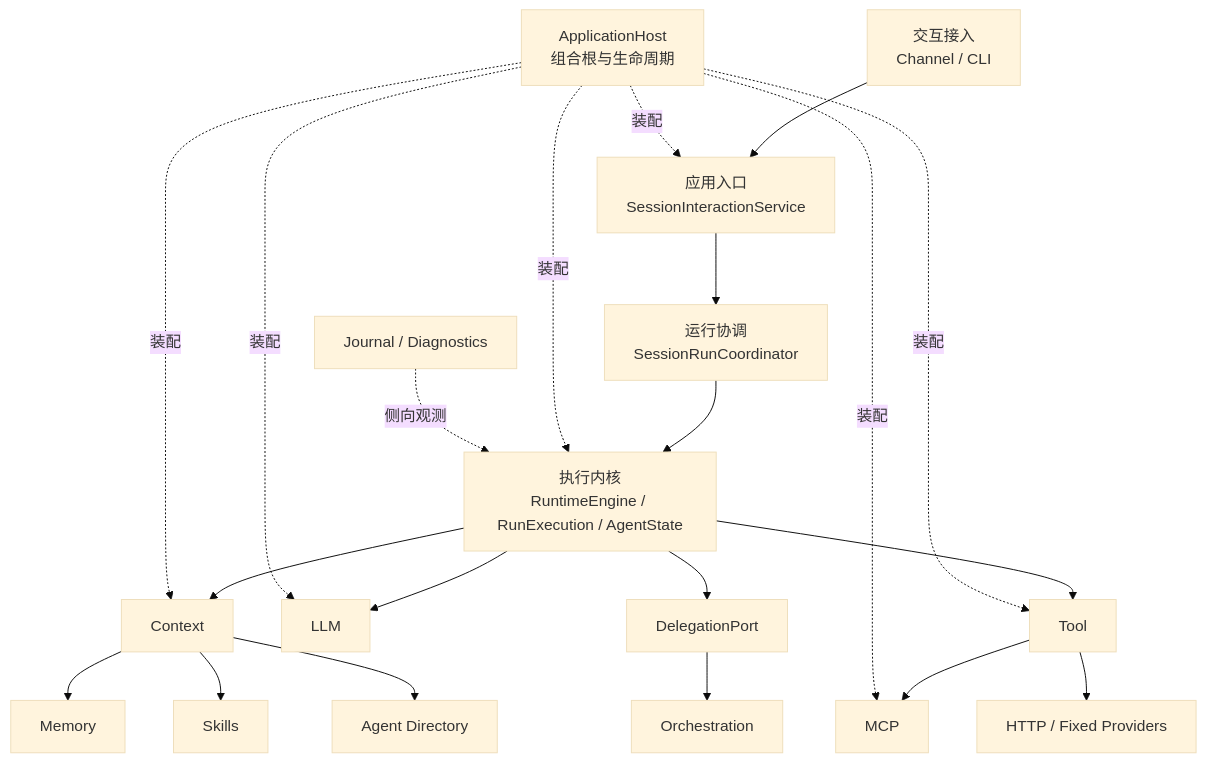
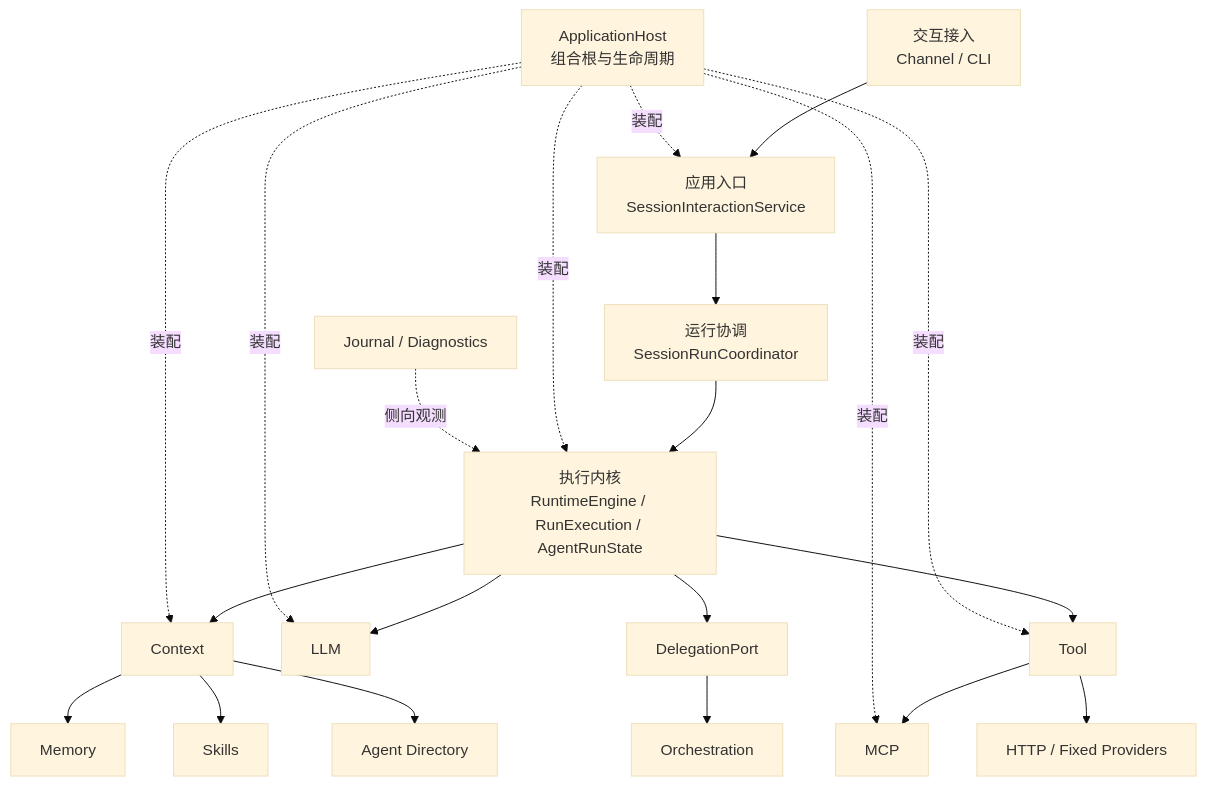
Before and after one commit to aandbcct/dotClaw: the diagram in docs/wiki/internal/module-component-inventory.md, drawn with Mermaid (base theme). The commit also changed other lines of this file and 12 other files, not shown here.

````diff
--- a/docs/wiki/internal/module-component-inventory.md
+++ b/docs/wiki/internal/module-component-inventory.md
@@ -34,28 +34,28 @@
 ```mermaid
 flowchart TB
     Channel["交互接入\nChannel / CLI"] --> Interaction["应用入口\nSessionInteractionService"]
     Interaction --> Coordinator["运行协调\nSessionRunCoordinator"]
-    Coordinator --> Runtime["执行内核\nRuntimeEngine / RunExecution / AgentState"]
+    Coordinator --> Runtime["执行内核\nRuntimeEngine / RunExecution / AgentRunState"]
 
     Runtime --> Context["Context"]
     Runtime --> LLM["LLM"]
     Runtime --> Tool["Tool"]
     Runtime --> Delegation["DelegationPort"]
 
     Context --> Memory["Memory"]
     Context --> Skills["Skills"]
     Context --> Agents["Agent Directory"]
 
     Tool --> MCP["MCP"]
     Tool --> Network["HTTP / Fixed Providers"]
     Delegation --> Orchestration["Orchestration"]
 
     Bootstrap["ApplicationHost\n组合根与生命周期"] -.装配.-> Interaction
     Bootstrap -.装配.-> Runtime
     Bootstrap -.装配.-> Context
     Bootstrap -.装配.-> LLM
     Bootstrap -.装配.-> Tool
     Bootstrap -.装配.-> MCP
 
     Journal["Journal / Diagnostics"] -.侧向观测.-> Runtime
 ```
````
